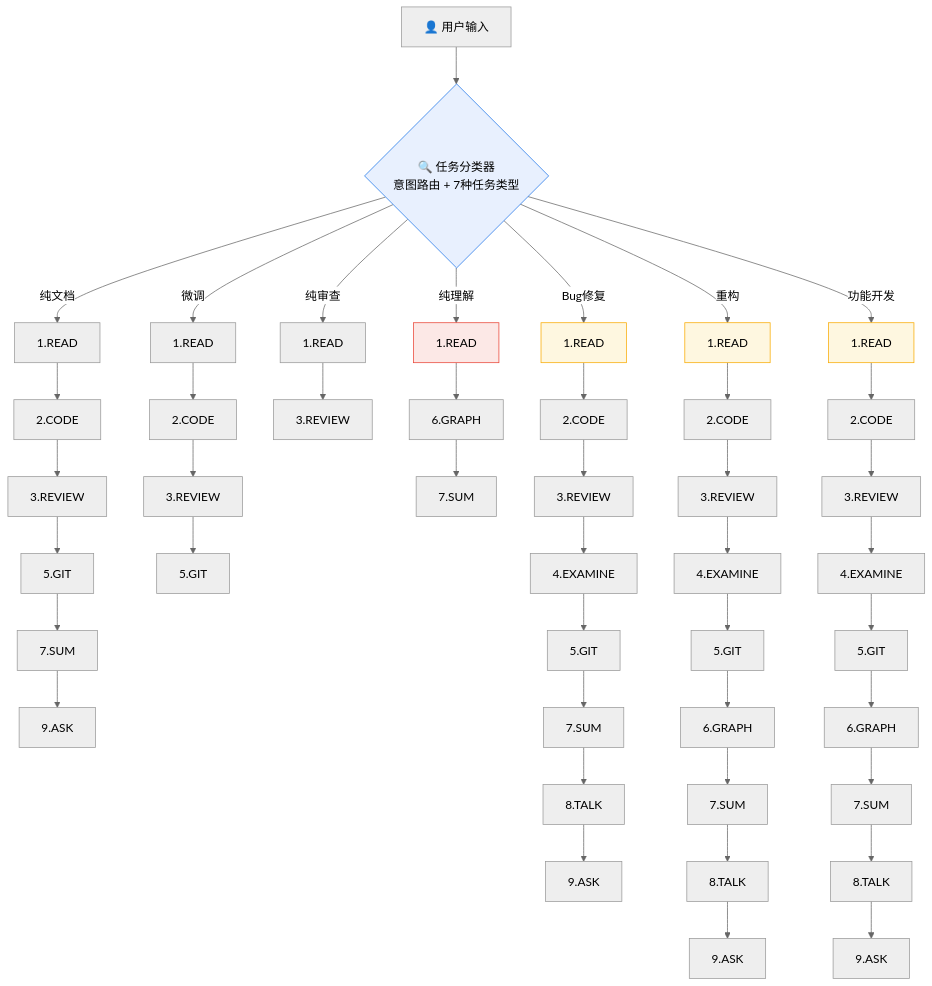
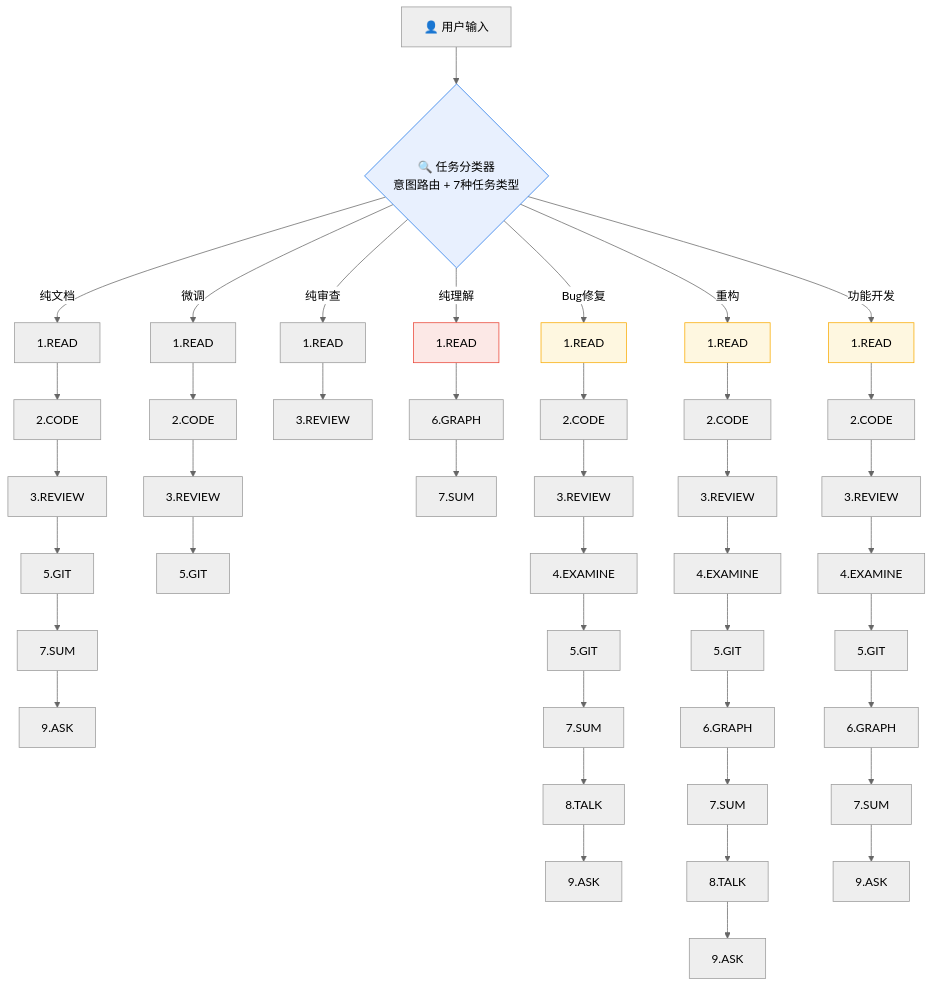
The diagram in README.md (z0l0y/EasyWork), drawn with Mermaid (neutral theme) before and after one commit. The commit also changed other lines of this file and 8 other files, not shown here.

````diff
--- a/README.md
+++ b/README.md
@@ -26,26 +26,26 @@
 ```mermaid
 flowchart TD
     START[👤 用户输入] --> CLASSIFY{🔍 任务分类器<br/>意图路由 + 7种任务类型}
     CLASSIFY -->|纯理解| R1[1.READ]
     CLASSIFY -->|纯审查| R2[1.READ]
     CLASSIFY -->|微调| R3[1.READ]
     CLASSIFY -->|Bug修复| R4[1.READ]
     CLASSIFY -->|重构| R5[1.READ]
     CLASSIFY -->|功能开发| R6[1.READ]
     CLASSIFY -->|纯文档| R7[1.READ]
 
     R7 --> C7[2.CODE] --> RV7[3.REVIEW] --> G7[5.GIT] --> S7[7.SUM] --> A7[9.ASK]
     R3 --> C3[2.CODE] --> RV3[3.REVIEW] --> G3[5.GIT]
     R2 --> RV2[3.REVIEW]
     R1 --> G1[6.GRAPH] --> S1[7.SUM]
 
     R4 --> C4[2.CODE] --> RV4[3.REVIEW] --> E4[4.EXAMINE] --> G4[5.GIT] --> S4[7.SUM] --> T4[8.TALK] --> A4[9.ASK]
     R5 --> C5[2.CODE] --> RV5[3.REVIEW] --> E5[4.EXAMINE] --> G5[5.GIT] --> GR5[6.GRAPH] --> S5[7.SUM] --> T5[8.TALK] --> A5[9.ASK]
-    R6 --> C6[2.CODE] --> RV6[3.REVIEW] --> E6[4.EXAMINE] --> G6[5.GIT] --> GR6[6.GRAPH] --> S6[7.SUM] --> T6[8.TALK] --> A6[9.ASK]
+    R6 --> C6[2.CODE] --> RV6[3.REVIEW] --> E6[4.EXAMINE] --> G6[5.GIT] --> GR6[6.GRAPH] --> S6[7.SUM] --> A6[9.ASK]
 
     style CLASSIFY fill:#e8f0fe,stroke:#1a73e8
     style R4 fill:#fef7e0,stroke:#f9ab00
     style R5 fill:#fef7e0,stroke:#f9ab00
     style R6 fill:#fef7e0,stroke:#f9ab00
     style R1 fill:#fce8e6,stroke:#ea4335
 ```
````
